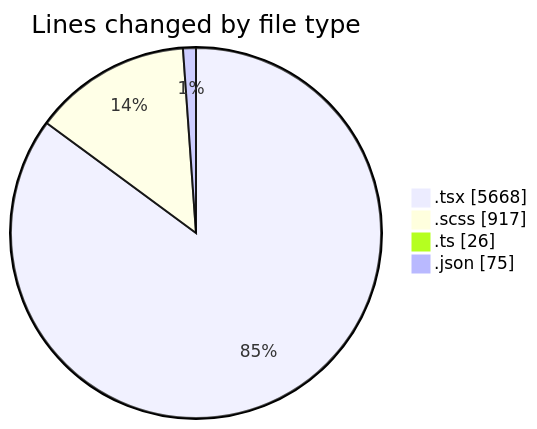
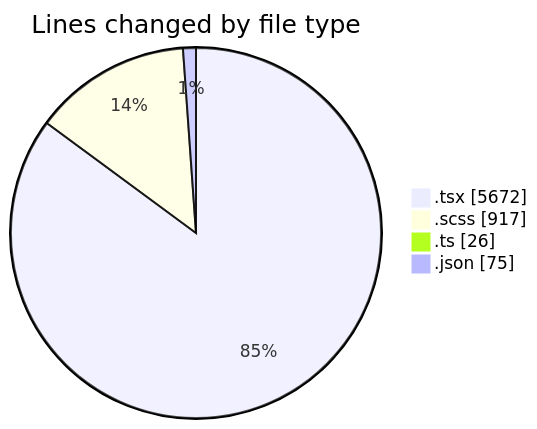
Before and after one commit to momahboobian/code-tracking: the first of 2 diagrams in 2025-04-09/cda/README.md, drawn with Mermaid. The commit also changed other lines of this file and 1 other file, not shown here.

````diff
--- a/2025-04-09/cda/README.md
+++ b/2025-04-09/cda/README.md
@@ -43,8 +43,8 @@
 ```mermaid
 pie showData
 title Lines changed by file type
-".tsx" : 5668
+".tsx" : 5672
 ".scss" : 917
 ".ts" : 26
 ".json" : 75
 ```
````
